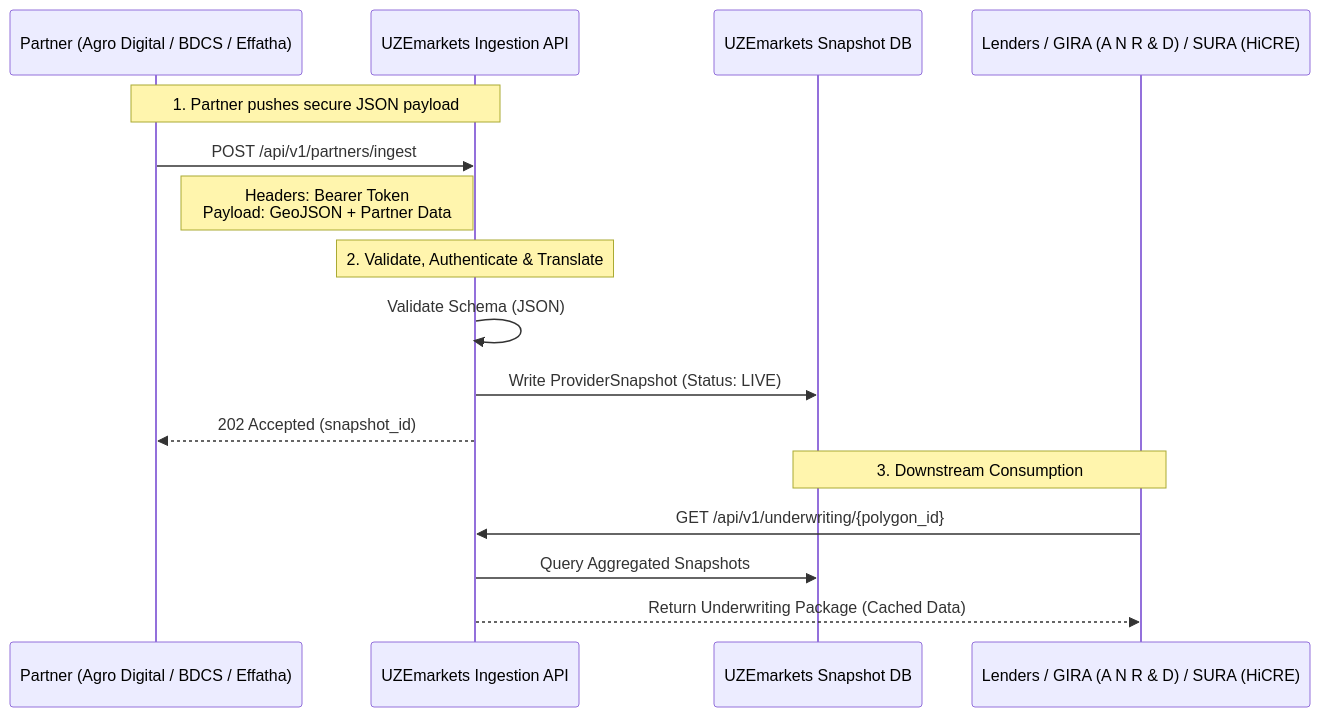
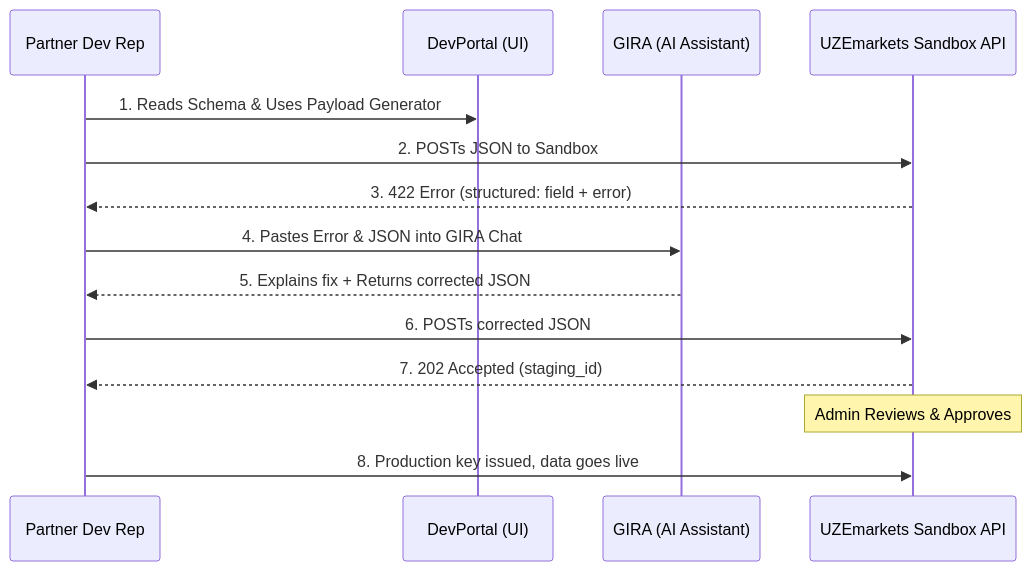
The diagram in partners/diagrams/01-partner-ingestion.md (DEVBUILDSTACK/UZE), drawn with Mermaid before and after one commit. The commit also changed other lines of this file and 12 other files, not shown here.

First line of the commit message:
feat(devpartner): zero-dev self-serve portal — diagrams, Swagger, generator, GIRA debug

````diff
--- a/partners/diagrams/01-partner-ingestion.md
+++ b/partners/diagrams/01-partner-ingestion.md
@@ -3,22 +3,17 @@
 ```mermaid
 sequenceDiagram
-    participant P as Partner (Agro Digital / BDCS / Effatha)
-    participant API as UZEmarkets Ingestion API
-    participant DB as UZEmarkets Snapshot DB
-    participant L as Lenders / GIRA (A N R & D) / SURA (HiCRE)
+    participant P as Partner Dev Rep
+    participant Portal as DevPortal (UI)
+    participant GIRA as GIRA (AI Assistant)
+    participant API as UZEmarkets Sandbox API
 
-    Note over P,API: 1. Partner pushes secure JSON payload
-    P->>API: POST /api/v1/partners/ingest
-    Note right of P: Headers: Bearer Token<br/>Payload: GeoJSON + Partner Data
-
-    Note over API: 2. Validate, Authenticate & Translate
-    API->>API: Validate Schema (JSON)
-    API->>DB: Write ProviderSnapshot (Status: LIVE)
-
-    API-->>P: 202 Accepted (snapshot_id)
-
-    Note over DB,L: 3. Downstream Consumption
-    L->>API: GET /api/v1/underwriting/{polygon_id}
-    API->>DB: Query Aggregated Snapshots
-    API-->>L: Return Underwriting Package (Cached Data)
+    P->>Portal: 1. Reads Schema & Uses Payload Generator
+    P->>API: 2. POSTs JSON to Sandbox
+    API-->>P: 3. 422 Error (structured: field + error)
+    P->>GIRA: 4. Pastes Error & JSON into GIRA Chat
+    GIRA-->>P: 5. Explains fix + Returns corrected JSON
+    P->>API: 6. POSTs corrected JSON
+    API-->>P: 7. 202 Accepted (staging_id)
+    Note over API: Admin Reviews & Approves
+    P->>API: 8. Production key issued, data goes live
 ```
````
